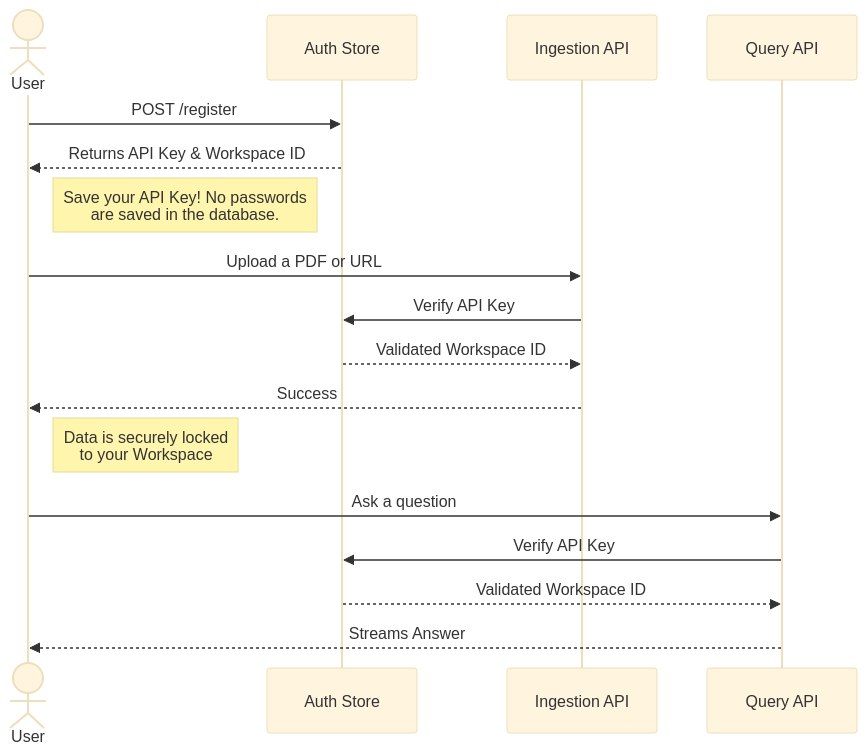
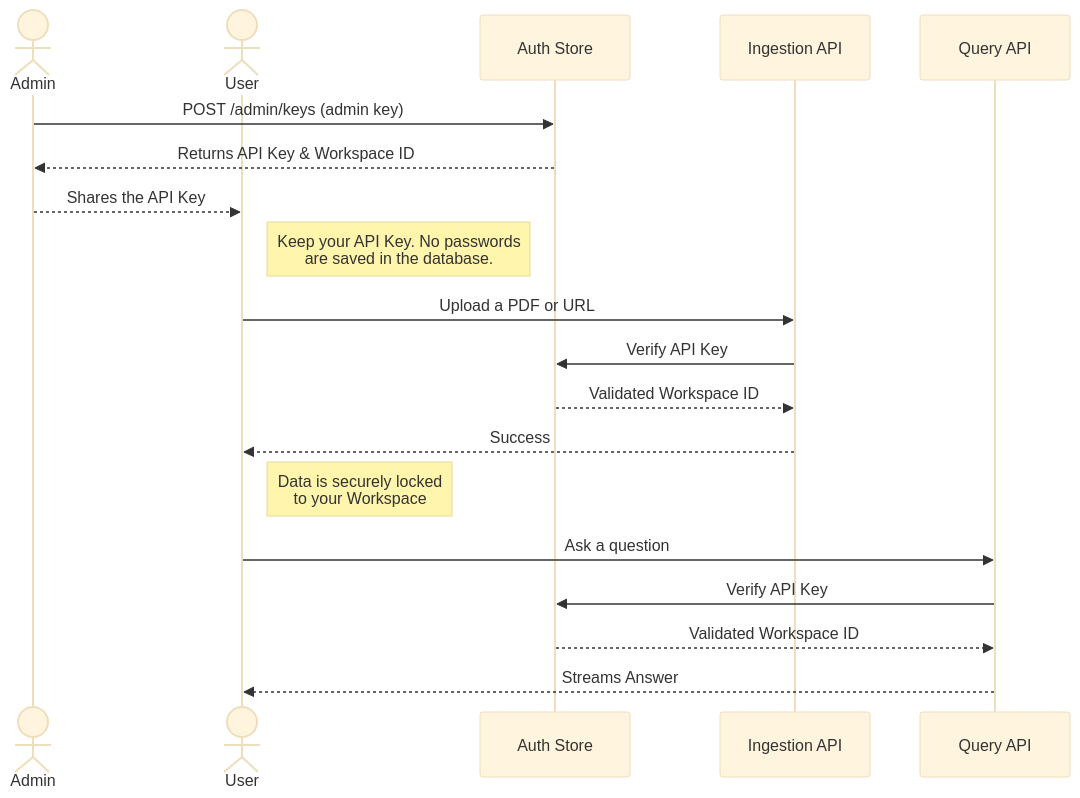
One commit to rudrabaru/nexus-rag changed the first of 4 diagrams in README.md. Above: the diagram before and after it, drawn with Mermaid (base theme). The commit also changed other lines of this file and 43 other files, not shown here.

````diff
--- a/README.md
+++ b/README.md
@@ -105,25 +108,27 @@
 ```mermaid
 sequenceDiagram
+    actor Admin
     actor User
     participant Auth as Auth Store
     participant Ingest as Ingestion API
     participant Query as Query API
 
-    %% Registration
-    User->>Auth: POST /register
-    Auth-->>User: Returns API Key & Workspace ID
-    Note right of User: Save your API Key! No passwords<br/>are saved in the database.
+    %% Key provisioning (admin only; there is no open sign-up)
+    Admin->>Auth: POST /admin/keys (admin key)
+    Auth-->>Admin: Returns API Key & Workspace ID
+    Admin-->>User: Shares the API Key
+    Note right of User: Keep your API Key. No passwords<br/>are saved in the database.
 
     %% Ingestion
     User->>Ingest: Upload a PDF or URL
     Ingest->>Auth: Verify API Key
     Auth-->>Ingest: Validated Workspace ID
     Ingest-->>User: Success
     Note right of User: Data is securely locked<br/>to your Workspace
 
     %% Querying
     User->>Query: Ask a question
     Query->>Auth: Verify API Key
     Auth-->>Query: Validated Workspace ID
     Query-->>User: Streams Answer
 ```
````
